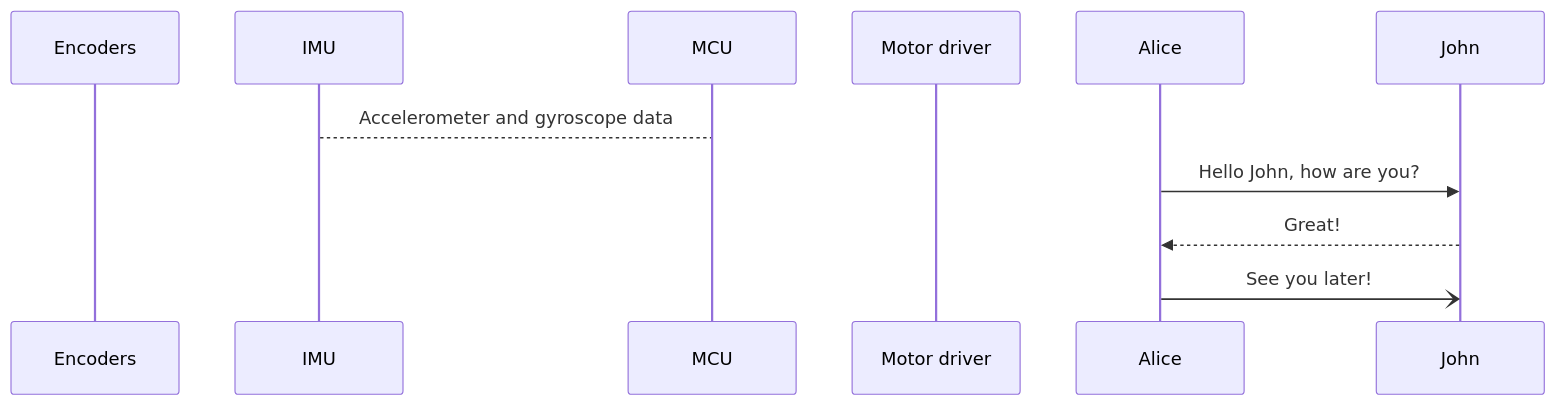
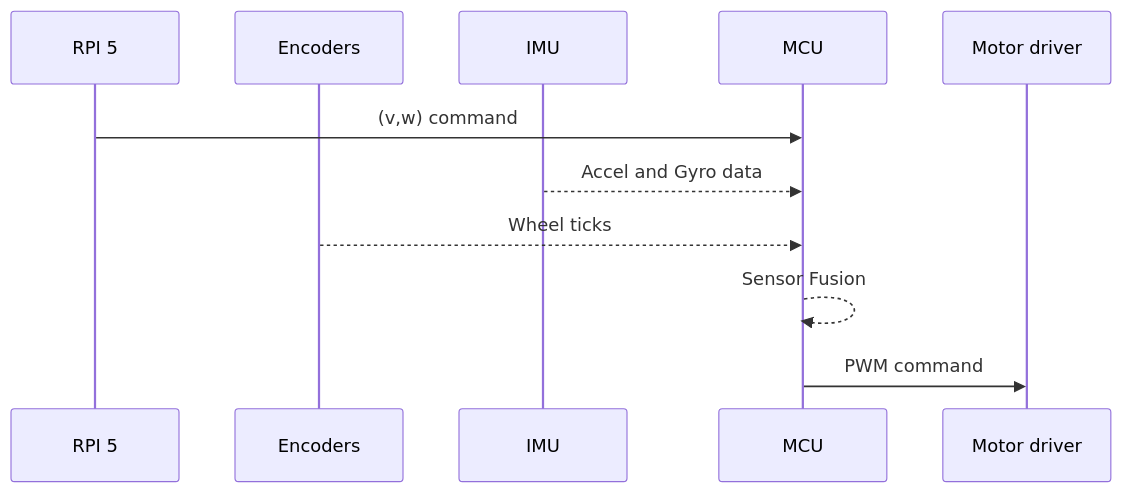
The fourth of 4 diagrams in README.md (carmor1337/Robert-Diffrential-drive-robot), drawn with Mermaid before and after one commit. The commit also changed other lines of this file, not shown here.

````diff
--- a/README.md
+++ b/README.md
@@ -80,14 +144,16 @@
 ```mermaid
 sequenceDiagram
 
+participant RPI 5
 participant Encoders
 participant IMU
 participant MCU
 participant Motor driver
 
-    IMU -->MCU: Accelerometer and gyroscope data
-    
-    Alice->>John: Hello John, how are you?
-    John-->>Alice: Great!
-    Alice-)John: See you later!
+    RPI 5 ->> MCU: (v,w) command
+    IMU -->> MCU: Accel and Gyro data
+    Encoders -->> MCU: Wheel ticks
+    MCU -->> MCU: Sensor Fusion
+    MCU ->> Motor driver: PWM command
+
 ```
````
